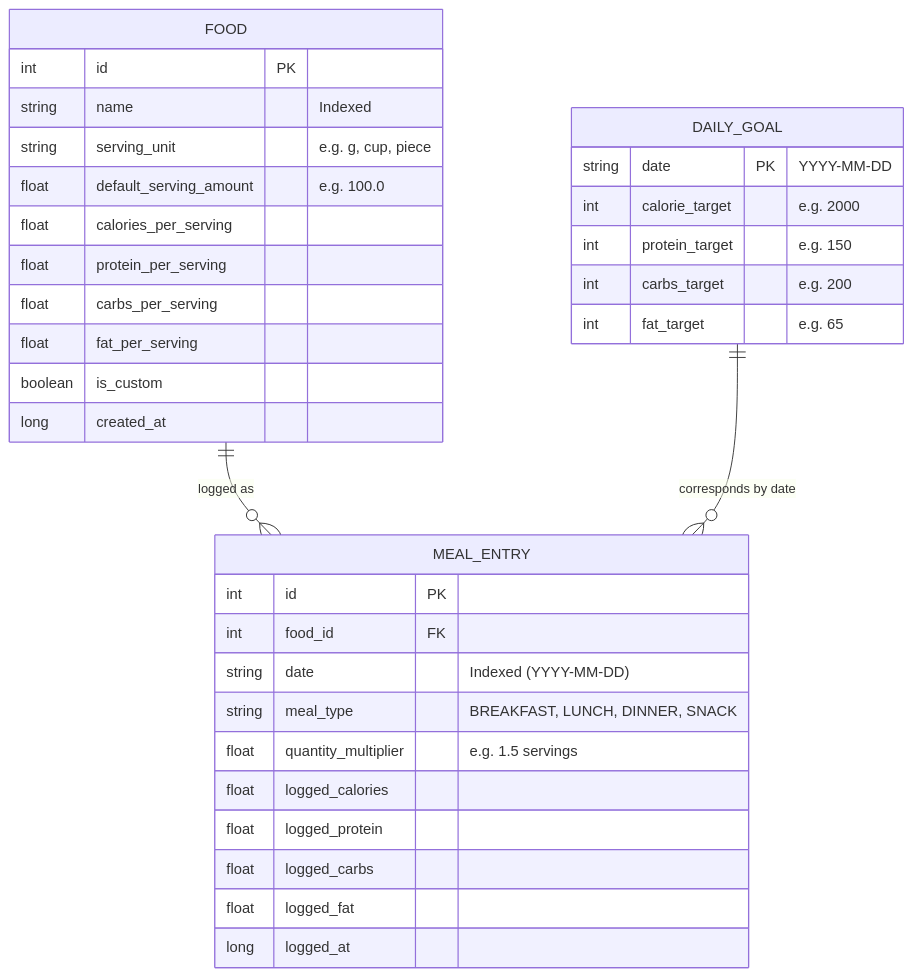
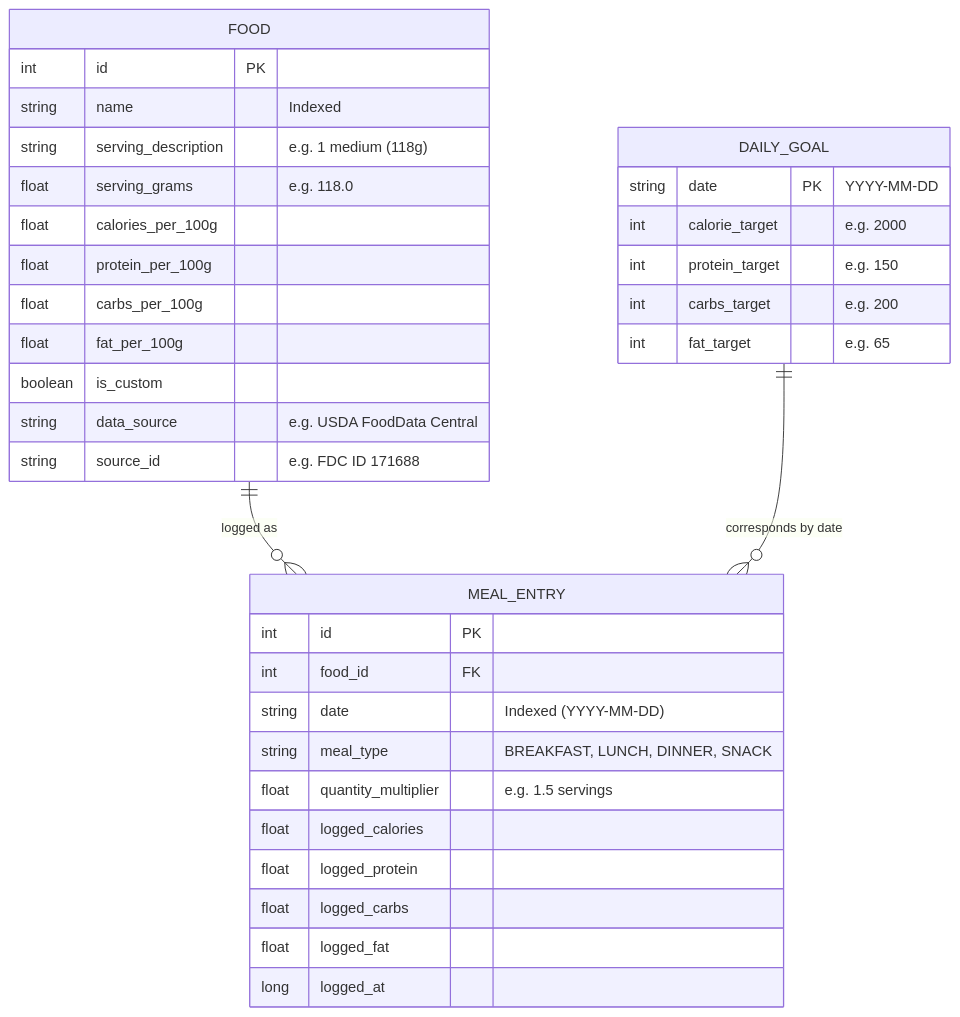
Before and after one commit to Bo0o0oM/calorietrack: the diagram in docs/database-design.md, drawn with Mermaid. The commit also changed other lines of this file and 11 other files, not shown here.

````diff
--- a/docs/database-design.md
+++ b/docs/database-design.md
@@ -9,39 +9,40 @@
 ```mermaid
 erDiagram
     FOOD ||--o{ MEAL_ENTRY : "logged as"
     DAILY_GOAL ||--o{ MEAL_ENTRY : "corresponds by date"
 
     FOOD {
         int id PK
         string name "Indexed"
-        string serving_unit "e.g. g, cup, piece"
-        float default_serving_amount "e.g. 100.0"
-        float calories_per_serving
-        float protein_per_serving
-        float carbs_per_serving
-        float fat_per_serving
+        string serving_description "e.g. 1 medium (118g)"
+        float serving_grams "e.g. 118.0"
+        float calories_per_100g
+        float protein_per_100g
+        float carbs_per_100g
+        float fat_per_100g
         boolean is_custom
-        long created_at
+        string data_source "e.g. USDA FoodData Central"
+        string source_id "e.g. FDC ID 171688"
     }
 
     MEAL_ENTRY {
         int id PK
         int food_id FK
         string date "Indexed (YYYY-MM-DD)"
         string meal_type "BREAKFAST, LUNCH, DINNER, SNACK"
         float quantity_multiplier "e.g. 1.5 servings"
         float logged_calories
         float logged_protein
         float logged_carbs
         float logged_fat
         long logged_at
     }
 
     DAILY_GOAL {
         string date PK "YYYY-MM-DD"
         int calorie_target "e.g. 2000"
         int protein_target "e.g. 150"
         int carbs_target "e.g. 200"
         int fat_target "e.g. 65"
     }
 ```
````
